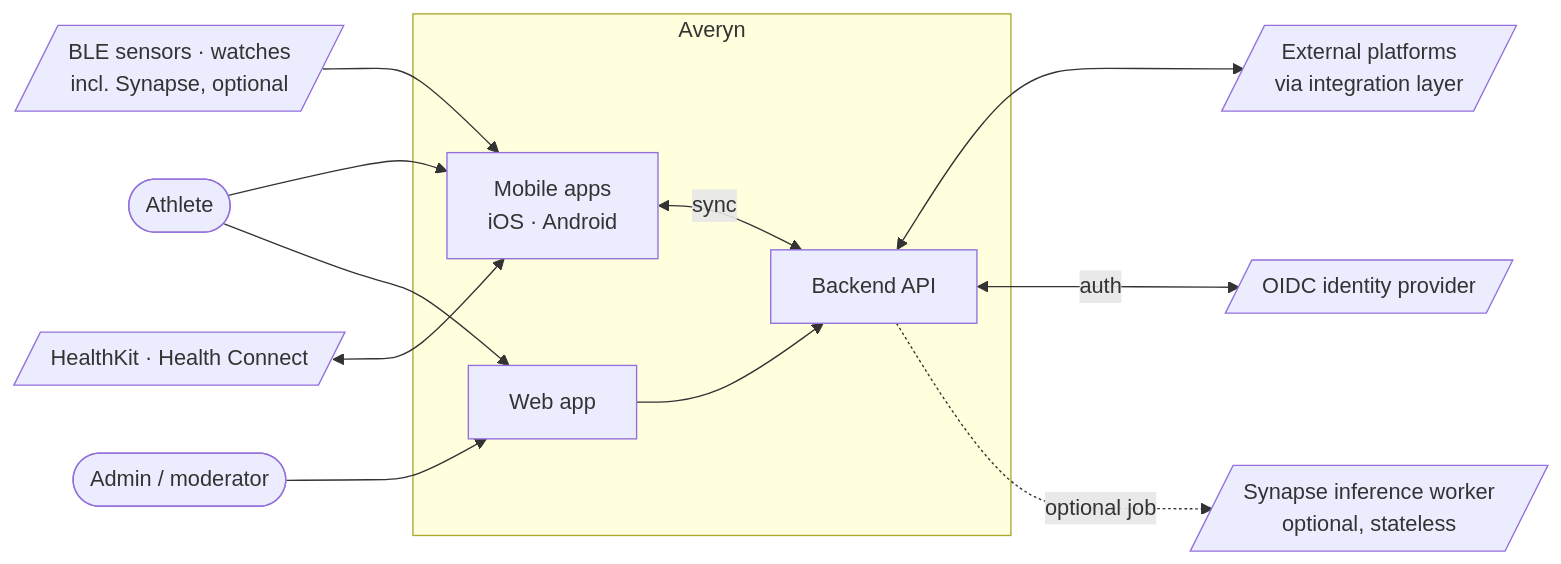
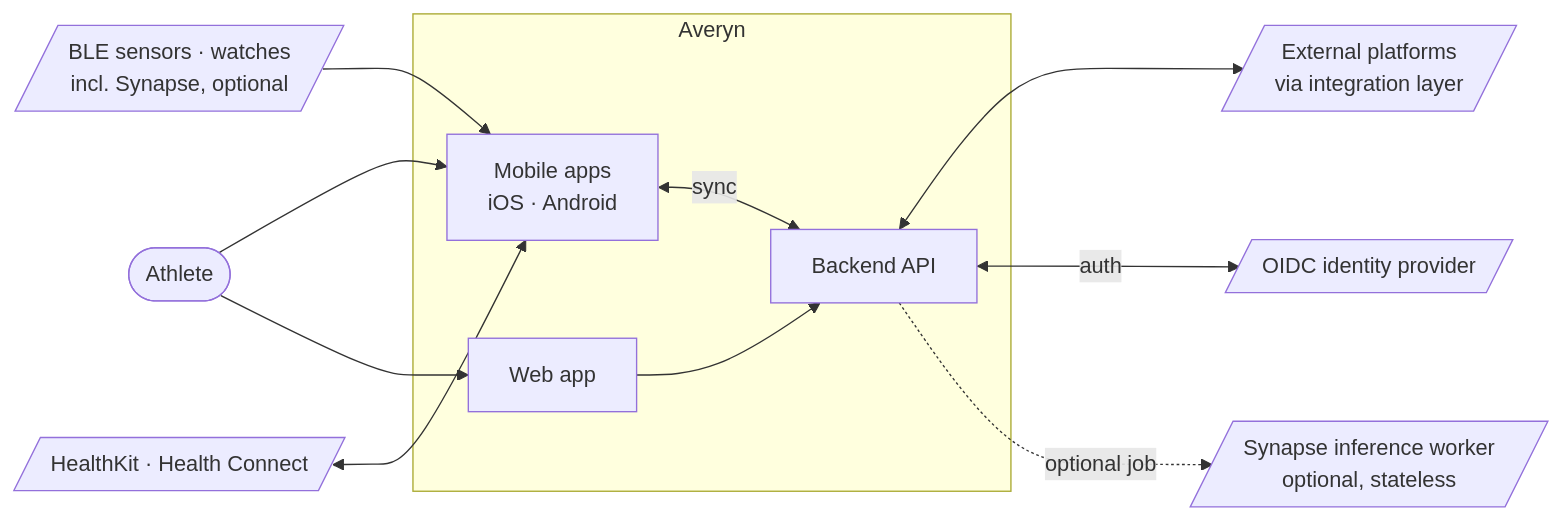
The first of 2 diagrams in docs/architecture/overview.md (AlessioBrillo/averyn), drawn with Mermaid before and after one commit. The commit also changed other lines of this file and 15 other files, not shown here.

````diff
--- a/docs/architecture/overview.md
+++ b/docs/architecture/overview.md
@@ -7,24 +7,22 @@
 ```mermaid
 flowchart LR
   athlete([Athlete])
-  admin([Admin / moderator])
   subgraph averyn["Averyn"]
     mobile[Mobile apps<br/>iOS · Android]
     web[Web app]
     api[Backend API]
   end
   sensors[/BLE sensors · watches<br/>incl. Synapse, optional/]
   health[/HealthKit · Health Connect/]
   ext[/External platforms<br/>via integration layer/]
   idp[/OIDC identity provider/]
   worker[/Synapse inference worker<br/>optional, stateless/]
   athlete --> mobile & web
-  admin --> web
   sensors --> mobile
   health <--> mobile
   mobile <-->|sync| api
   web --> api
   api <--> ext
   api <-->|auth| idp
   api -.optional job.-> worker
 ```
````
